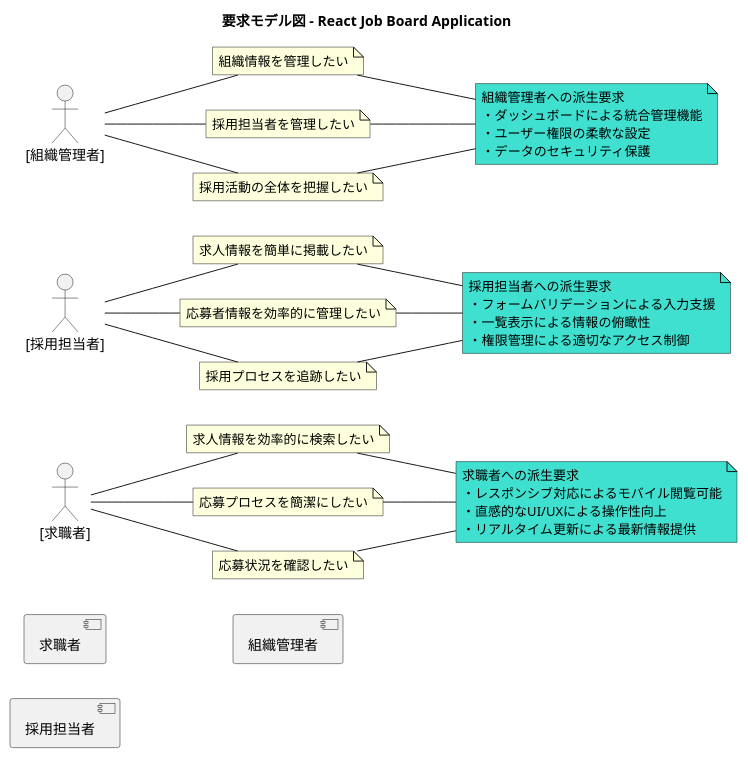
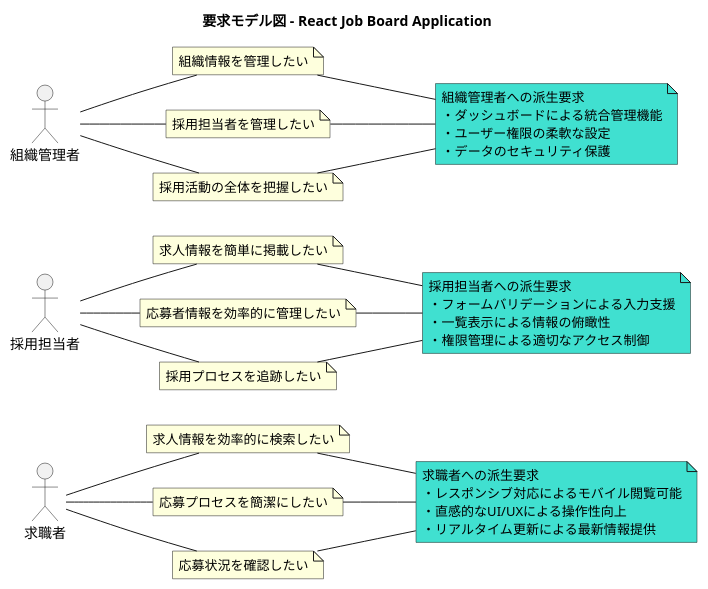
One commit to k2works/ai-programing-exercise changed the second of 14 diagrams in docs/requirements/requirements_definition.md. Above: the diagram before and after it, drawn with PlantUML. The commit also changed other lines of this file, not shown here.

First line of the commit message:
style: fix PlantUML actor notation in requirements definition

````diff
--- a/docs/requirements/requirements_definition.md
+++ b/docs/requirements/requirements_definition.md
@@ -59,60 +59,60 @@
 ```plantuml
 @startuml
 
 title 要求モデル図 - React Job Board Application
 
 left to right direction
 
-actor [求職者]
+actor 求職者
 note "求人情報を効率的に検索したい" as js_r1
 note "応募プロセスを簡潔にしたい" as js_r2
 note "応募状況を確認したい" as js_r3
 note as js_dr1 #Turquoise
   求職者への派生要求
   ・レスポンシブ対応によるモバイル閲覧可能
   ・直感的なUI/UXによる操作性向上
   ・リアルタイム更新による最新情報提供
 end note
-:[求職者]: -- js_r1
-:[求職者]: -- js_r2
-:[求職者]: -- js_r3
+:求職者: -- js_r1
+:求職者: -- js_r2
+:求職者: -- js_r3
 js_r1 -- js_dr1
 js_r2 -- js_dr1
 js_r3 -- js_dr1
 
-actor [採用担当者]
+actor 採用担当者
 note "求人情報を簡単に掲載したい" as hr_r1
 note "応募者情報を効率的に管理したい" as hr_r2
 note "採用プロセスを追跡したい" as hr_r3
 note as hr_dr1 #Turquoise
   採用担当者への派生要求
   ・フォームバリデーションによる入力支援
   ・一覧表示による情報の俯瞰性
   ・権限管理による適切なアクセス制御
 end note
-:[採用担当者]: -- hr_r1
-:[採用担当者]: -- hr_r2
-:[採用担当者]: -- hr_r3
+:採用担当者: -- hr_r1
+:採用担当者: -- hr_r2
+:採用担当者: -- hr_r3
 hr_r1 -- hr_dr1
 hr_r2 -- hr_dr1
 hr_r3 -- hr_dr1
 
-actor [組織管理者]
+actor 組織管理者
 note "組織情報を管理したい" as om_r1
 note "採用担当者を管理したい" as om_r2
 note "採用活動の全体を把握したい" as om_r3
 note as om_dr1 #Turquoise
   組織管理者への派生要求
   ・ダッシュボードによる統合管理機能
   ・ユーザー権限の柔軟な設定
   ・データのセキュリティ保護
 end note
-:[組織管理者]: -- om_r1
-:[組織管理者]: -- om_r2
-:[組織管理者]: -- om_r3
+:組織管理者: -- om_r1
+:組織管理者: -- om_r2
+:組織管理者: -- om_r3
 om_r1 -- om_dr1
 om_r2 -- om_dr1
 om_r3 -- om_dr1
 
 @enduml
 ```
````
